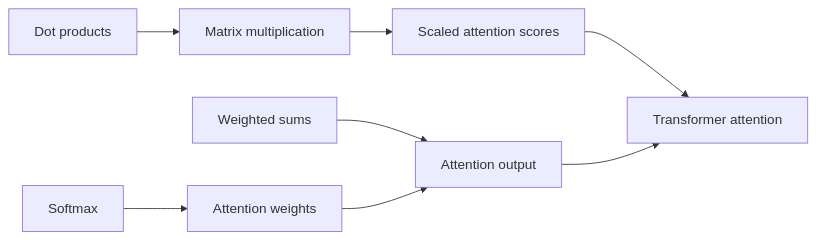
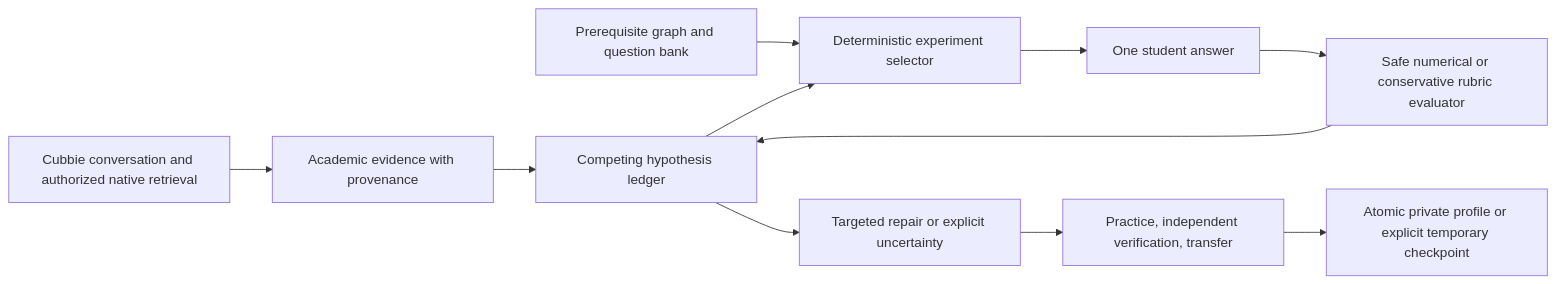
One commit to Praneeth1037/cubbie-knowledge-dna changed the diagram in README.md. Above: the diagram before and after it, drawn with Mermaid. The commit also changed other lines of this file and 47 other files, not shown here.

````diff
--- a/README.md
+++ b/README.md
@@ -159,10 +70,13 @@
 ```mermaid
-graph LR
-    DP[Dot products] --> MM[Matrix multiplication]
-    MM --> SC[Scaled attention scores]
-    SM[Softmax] --> AW[Attention weights]
-    WS[Weighted sums] --> AO[Attention output]
-    AW --> AO
-    SC --> TA[Transformer attention]
-    AO --> TA
+flowchart LR
+    C[Cubbie conversation and authorized native retrieval] --> E[Academic evidence with provenance]
+    E --> H[Competing hypothesis ledger]
+    Q[Prerequisite graph and question bank] --> S[Deterministic experiment selector]
+    H --> S
+    S --> A[One student answer]
+    A --> V[Safe numerical or conservative rubric evaluator]
+    V --> H
+    H --> R[Targeted repair or explicit uncertainty]
+    R --> I[Practice, independent verification, transfer]
+    I --> M[Atomic private profile or explicit temporary checkpoint]
 ```
````
